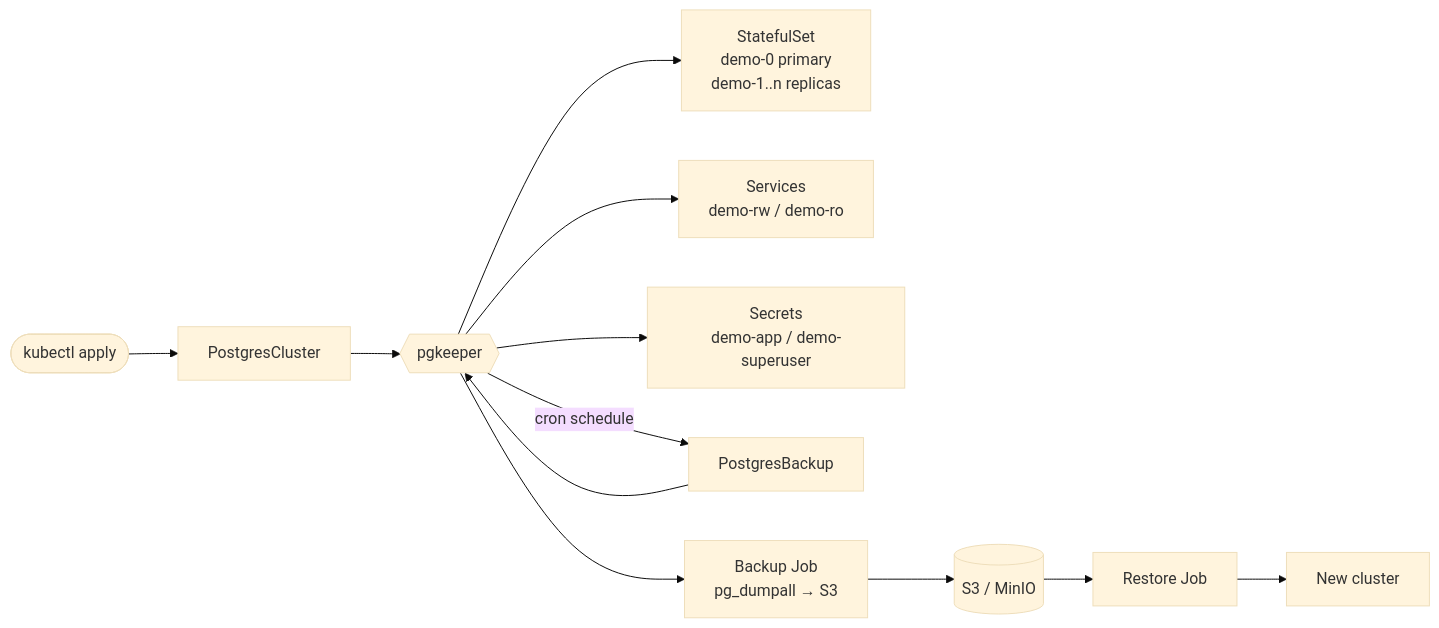
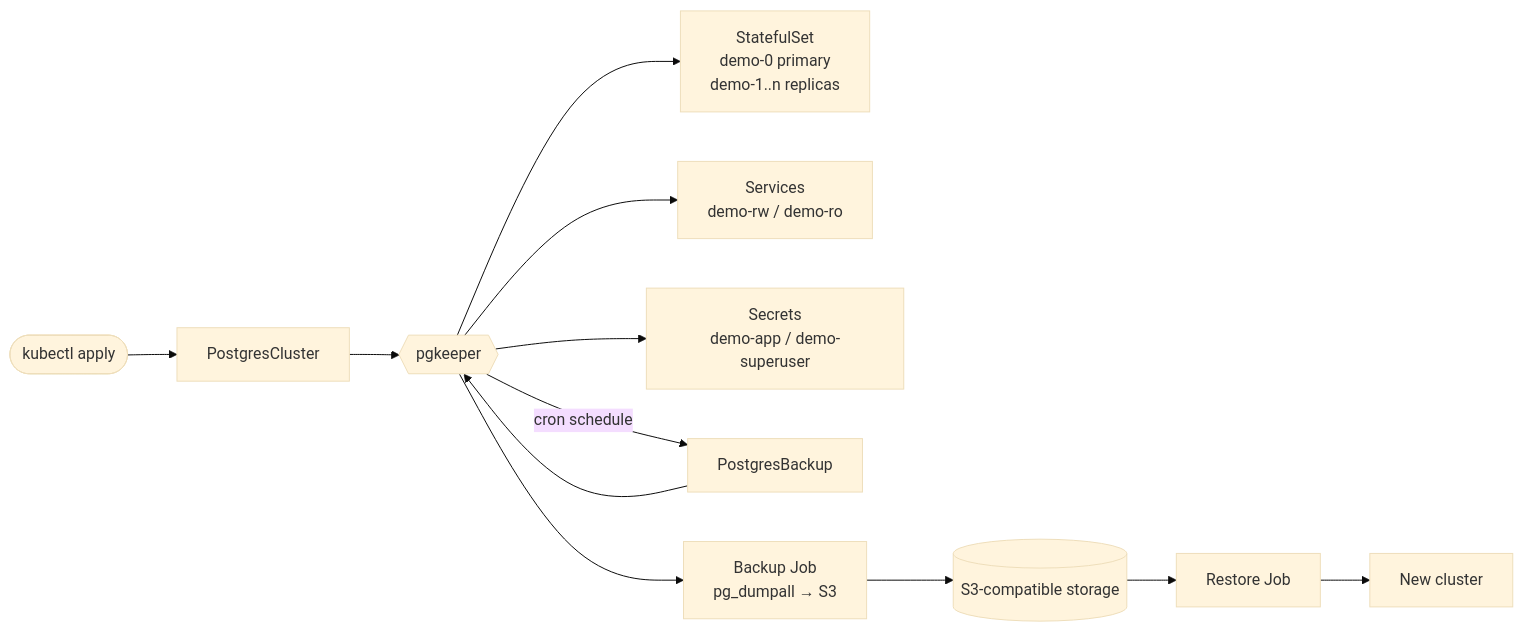
One commit to mahmudft/pgkeeper changed the diagram in README.md. Above: the diagram before and after it, drawn with Mermaid (base theme). The commit also changed other lines of this file and 5 other files, not shown here.

````diff
--- a/README.md
+++ b/README.md
@@ -54,13 +54,13 @@
 ```mermaid
 flowchart LR
     user([kubectl apply]) --> pgc[PostgresCluster]
     pgc --> ctrl{{pgkeeper}}
     ctrl --> sts[StatefulSet<br/>demo-0 primary<br/>demo-1..n replicas]
     ctrl --> svc[Services<br/>demo-rw / demo-ro]
     ctrl --> sec[Secrets<br/>demo-app / demo-superuser]
     ctrl -- cron schedule --> pgb[PostgresBackup]
     pgb --> ctrl
     ctrl --> job[Backup Job<br/>pg_dumpall → S3]
-    job --> s3[(S3 / MinIO)]
+    job --> s3[(S3-compatible storage)]
     s3 --> restore[Restore Job] --> sts2[New cluster]
 ```
````
